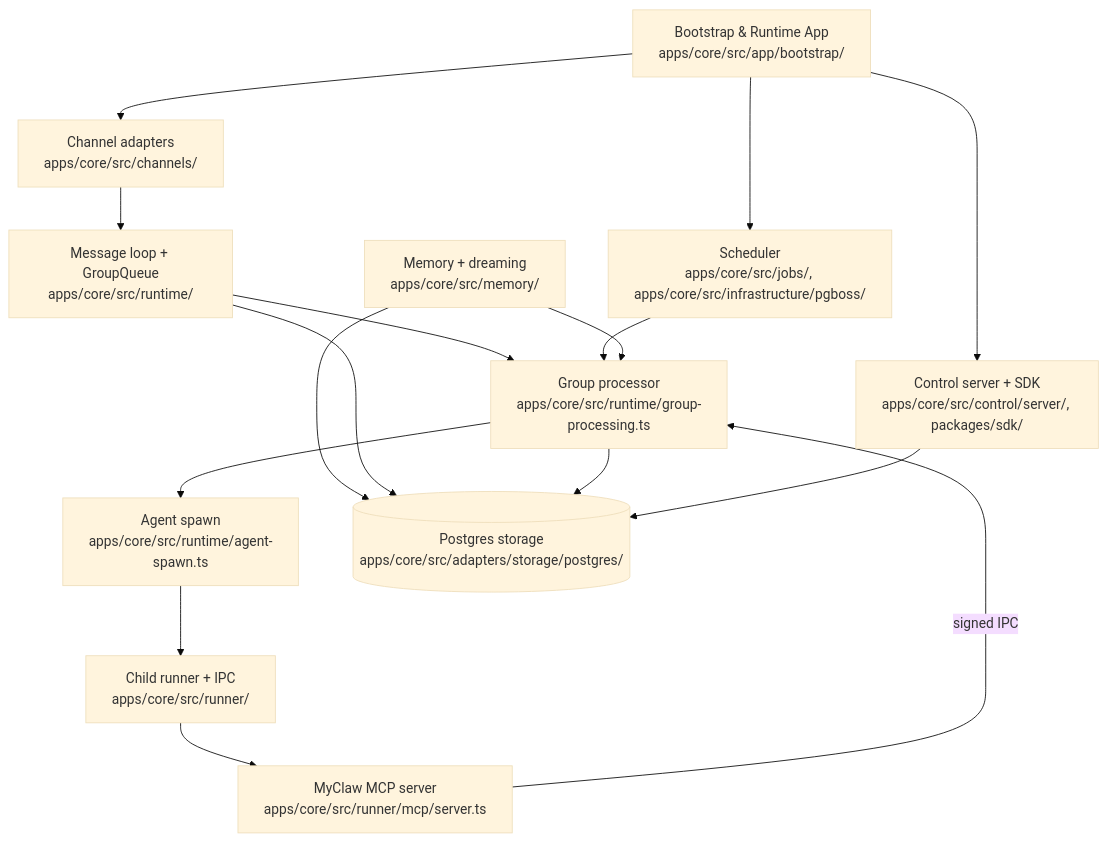
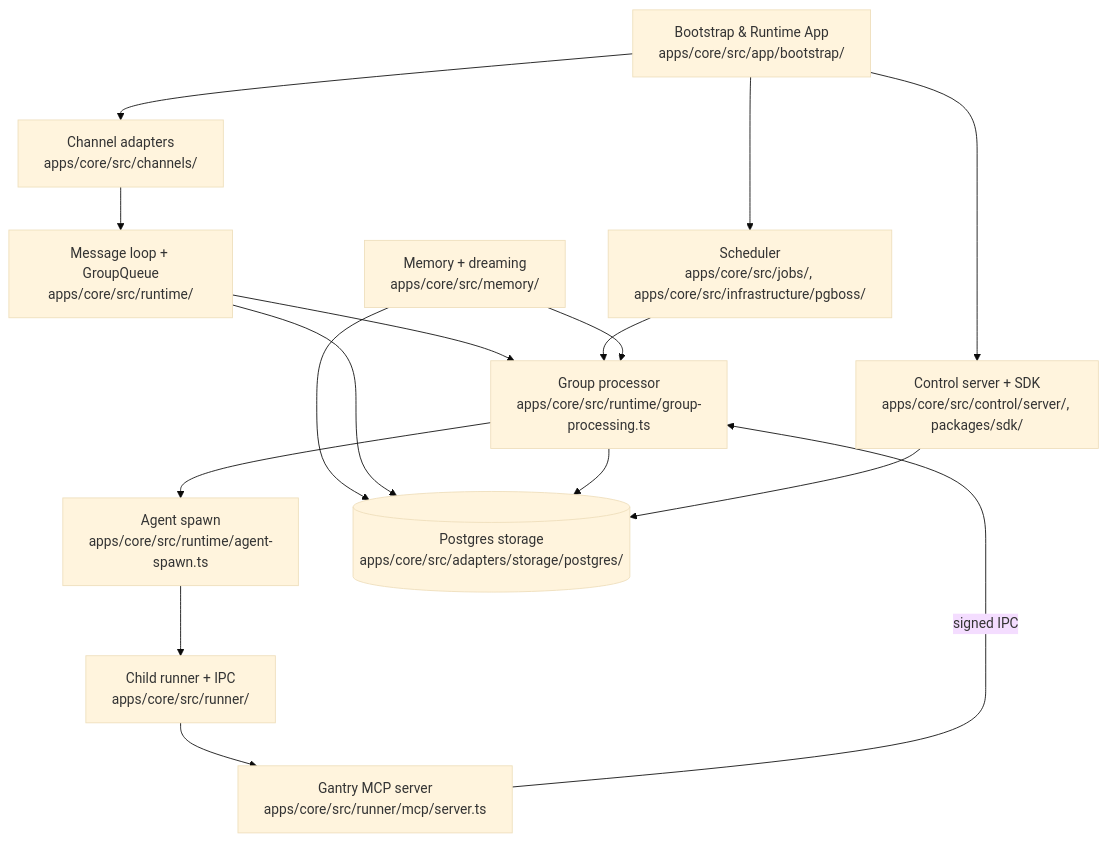
One commit to knacklabs/gantry changed the second of 12 diagrams in docs/architecture/overview.md. Above: the diagram before and after it, drawn with Mermaid (base theme). The commit also changed other lines of this file and 142 other files, not shown here.

````diff
--- a/docs/architecture/overview.md
+++ b/docs/architecture/overview.md
@@ -68,30 +68,30 @@
 ```mermaid
 flowchart TB
   Bootstrap[Bootstrap & Runtime App<br/>apps/core/src/app/bootstrap/]
   Channels[Channel adapters<br/>apps/core/src/channels/]
   Loop[Message loop + GroupQueue<br/>apps/core/src/runtime/]
   Processor[Group processor<br/>apps/core/src/runtime/group-processing.ts]
   Spawn[Agent spawn<br/>apps/core/src/runtime/agent-spawn.ts]
   Runner[Child runner + IPC<br/>apps/core/src/runner/]
-  Mcp[MyClaw MCP server<br/>apps/core/src/runner/mcp/server.ts]
+  Mcp[Gantry MCP server<br/>apps/core/src/runner/mcp/server.ts]
   Control[Control server + SDK<br/>apps/core/src/control/server/, packages/sdk/]
   Sched[Scheduler<br/>apps/core/src/jobs/, apps/core/src/infrastructure/pgboss/]
   Memory[Memory + dreaming<br/>apps/core/src/memory/]
   Storage[(Postgres storage<br/>apps/core/src/adapters/storage/postgres/)]
 
   Bootstrap --> Channels
   Bootstrap --> Control
   Bootstrap --> Sched
   Channels --> Loop
   Loop --> Processor
   Processor --> Spawn
   Spawn --> Runner
   Runner --> Mcp
   Mcp -->|signed IPC| Processor
   Sched --> Processor
   Memory --> Processor
   Memory --> Storage
   Loop --> Storage
   Processor --> Storage
   Control --> Storage
 ```
````
